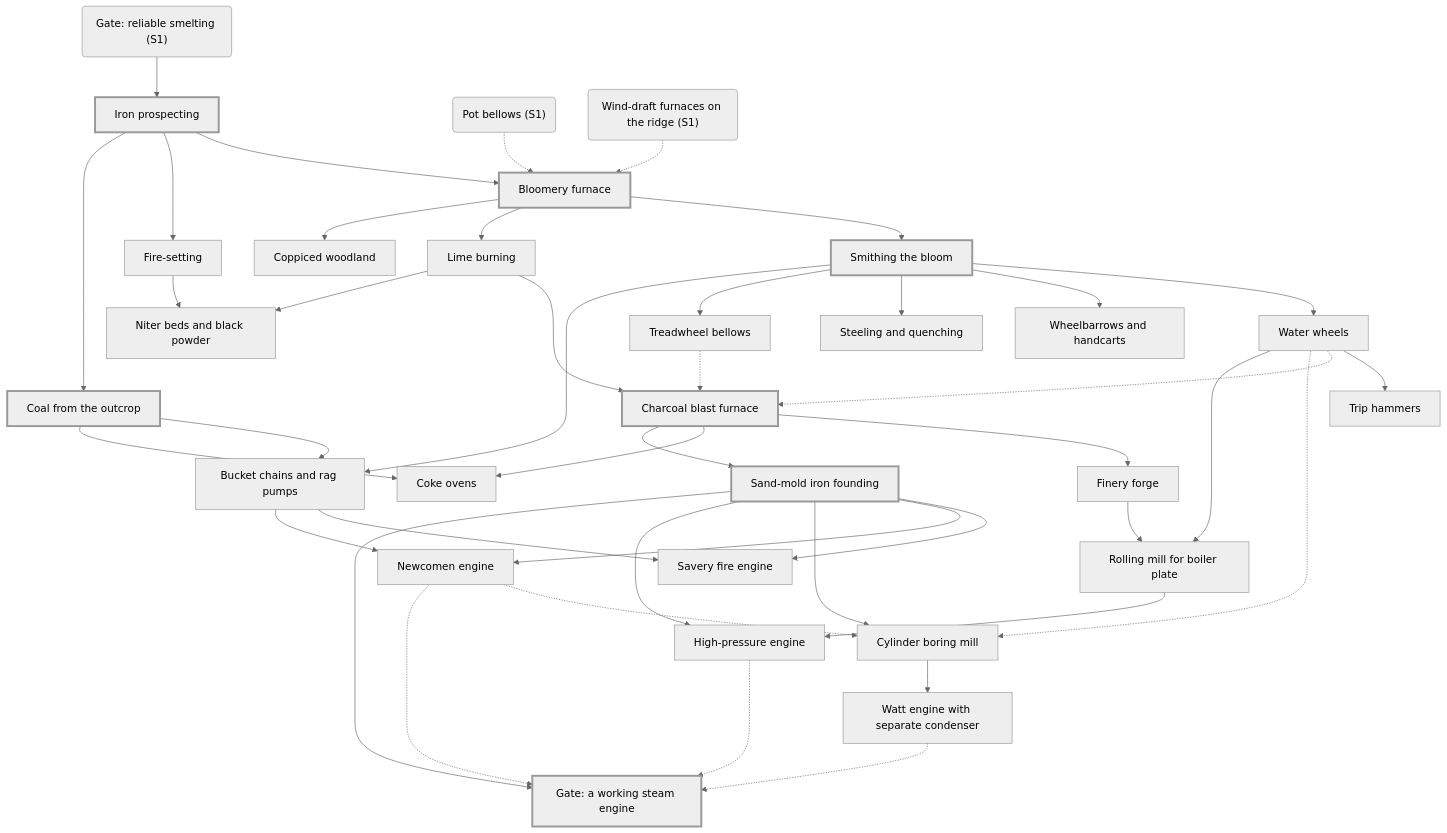
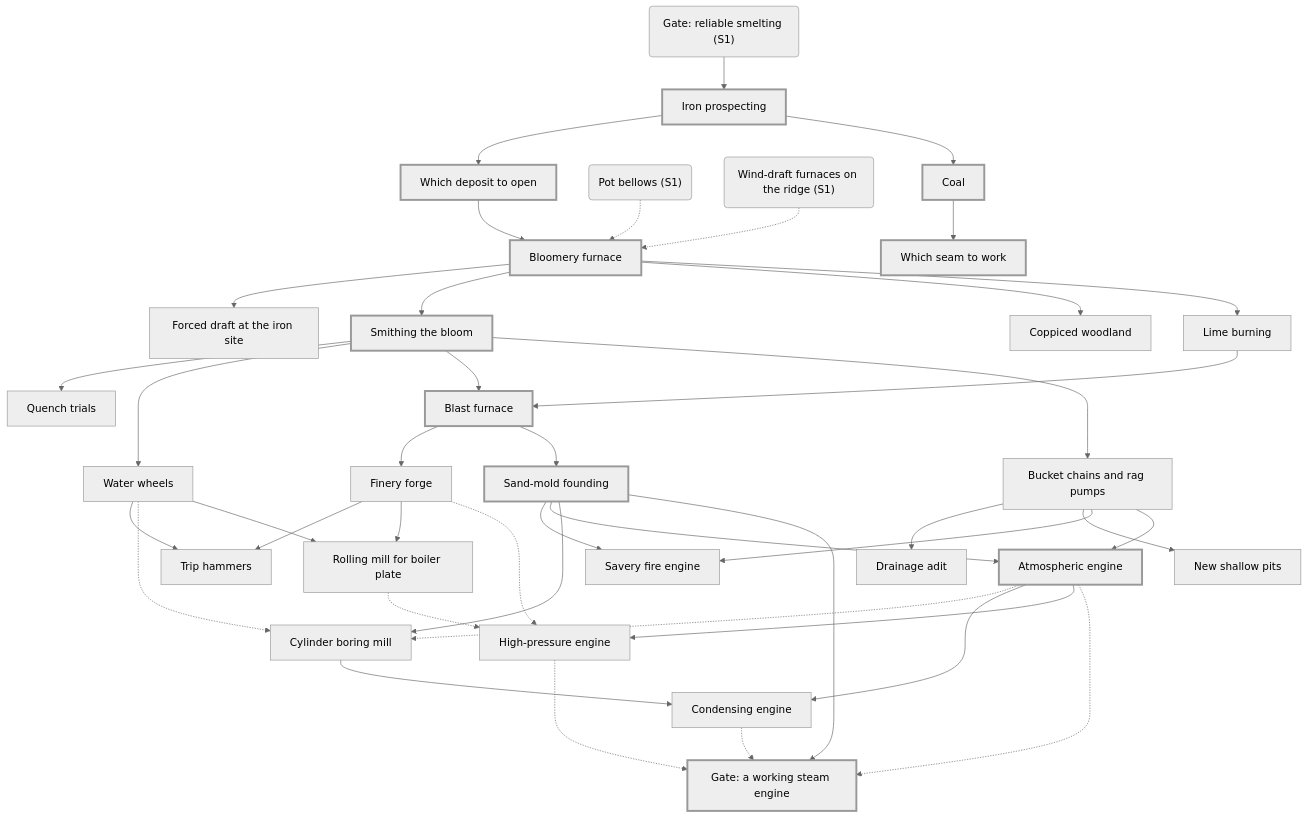
Before and after one commit to joethechickenguy/repo_for_claude: the second of 6 diagrams in tech-tree/generated/dependencies.md, drawn with Mermaid (neutral theme). The commit also changed other lines of this file and 10 other files, not shown here.

````diff
--- a/tech-tree/generated/dependencies.md
+++ b/tech-tree/generated/dependencies.md
@@ -58,74 +58,73 @@
 ```mermaid
 flowchart TD
   iron_prospecting["Iron prospecting"]
   gate_reliable_smelting --> iron_prospecting
+  deposit_choice["Which deposit to open"]
+  iron_prospecting --> deposit_choice
   bloomery["Bloomery furnace"]
-  iron_prospecting --> bloomery
+  deposit_choice --> bloomery
   pot_bellows -.-> bloomery
   wind_furnaces -.-> bloomery
+  forced_draft_for_iron["Forced draft at the iron site"]
+  bloomery --> forced_draft_for_iron
   bloom_smithing["Smithing the bloom"]
   bloomery --> bloom_smithing
+  quench_temper["Quench trials"]
+  bloom_smithing --> quench_temper
+  coppicing["Coppiced woodland"]
+  bloomery --> coppicing
+  coal_mining["Coal"]
+  iron_prospecting --> coal_mining
+  coal_seam_choice["Which seam to work"]
+  coal_mining --> coal_seam_choice
   lime_burning["Lime burning"]
   bloomery --> lime_burning
-  coppicing["Coppiced woodland"]
-  bloomery --> coppicing
   water_wheels["Water wheels"]
   bloom_smithing --> water_wheels
+  blast_furnace["Blast furnace"]
+  bloom_smithing --> blast_furnace
+  lime_burning --> blast_furnace
+  finery_forge["Finery forge"]
+  blast_furnace --> finery_forge
+  sand_casting["Sand-mold founding"]
+  blast_furnace --> sand_casting
   trip_hammer["Trip hammers"]
   water_wheels --> trip_hammer
-  wheelbarrows_carts["Wheelbarrows and handcarts"]
-  bloom_smithing --> wheelbarrows_carts
-  fire_setting["Fire-setting"]
-  iron_prospecting --> fire_setting
-  quench_temper["Steeling and quenching"]
-  bloom_smithing --> quench_temper
-  blast_furnace_charcoal["Charcoal blast furnace"]
-  lime_burning --> blast_furnace_charcoal
-  water_wheels -.-> blast_furnace_charcoal
-  treadwheel_bellows -.-> blast_furnace_charcoal
-  treadwheel_bellows["Treadwheel bellows"]
-  bloom_smithing --> treadwheel_bellows
-  finery_forge["Finery forge"]
-  blast_furnace_charcoal --> finery_forge
-  coal_mining["Coal from the outcrop"]
-  iron_prospecting --> coal_mining
+  finery_forge --> trip_hammer
   mine_drainage_manual["Bucket chains and rag pumps"]
-  coal_mining --> mine_drainage_manual
   bloom_smithing --> mine_drainage_manual
-  coking["Coke ovens"]
-  coal_mining --> coking
-  blast_furnace_charcoal --> coking
-  sand_casting["Sand-mold iron founding"]
-  blast_furnace_charcoal --> sand_casting
-  niter_beds["Niter beds and black powder"]
-  fire_setting --> niter_beds
-  lime_burning --> niter_beds
+  drainage_adit["Drainage adit"]
+  mine_drainage_manual --> drainage_adit
+  shallow_pits["New shallow pits"]
+  mine_drainage_manual --> shallow_pits
   savery_pump["Savery fire engine"]
   mine_drainage_manual --> savery_pump
   sand_casting --> savery_pump
-  newcomen_engine["Newcomen engine"]
+  newcomen_engine["Atmospheric engine"]
   sand_casting --> newcomen_engine
   mine_drainage_manual --> newcomen_engine
   boring_mill["Cylinder boring mill"]
   sand_casting --> boring_mill
   water_wheels -.-> boring_mill
   newcomen_engine -.-> boring_mill
-  watt_engine["Watt engine with separate condenser"]
+  watt_engine["Condensing engine"]
   boring_mill --> watt_engine
+  newcomen_engine --> watt_engine
   plate_rolling["Rolling mill for boiler plate"]
   finery_forge --> plate_rolling
   water_wheels --> plate_rolling
   high_pressure_engine["High-pressure engine"]
-  plate_rolling --> high_pressure_engine
-  sand_casting --> high_pressure_engine
+  newcomen_engine --> high_pressure_engine
+  plate_rolling -.-> high_pressure_engine
+  finery_forge -.-> high_pressure_engine
   gate_steam["Gate: a working steam engine"]
   sand_casting --> gate_steam
   newcomen_engine -.-> gate_steam
   watt_engine -.-> gate_steam
   high_pressure_engine -.-> gate_steam
   gate_reliable_smelting("Gate: reliable smelting (S1)")
   pot_bellows("Pot bellows (S1)")
   wind_furnaces("Wind-draft furnaces on the ridge (S1)")
   classDef crit stroke-width:3px
-  class iron_prospecting,bloomery,bloom_smithing,blast_furnace_charcoal,coal_mining,sand_casting,gate_steam crit
+  class iron_prospecting,deposit_choice,bloomery,bloom_smithing,coal_mining,coal_seam_choice,blast_furnace,sand_casting,newcomen_engine,gate_steam crit
 ```
````
